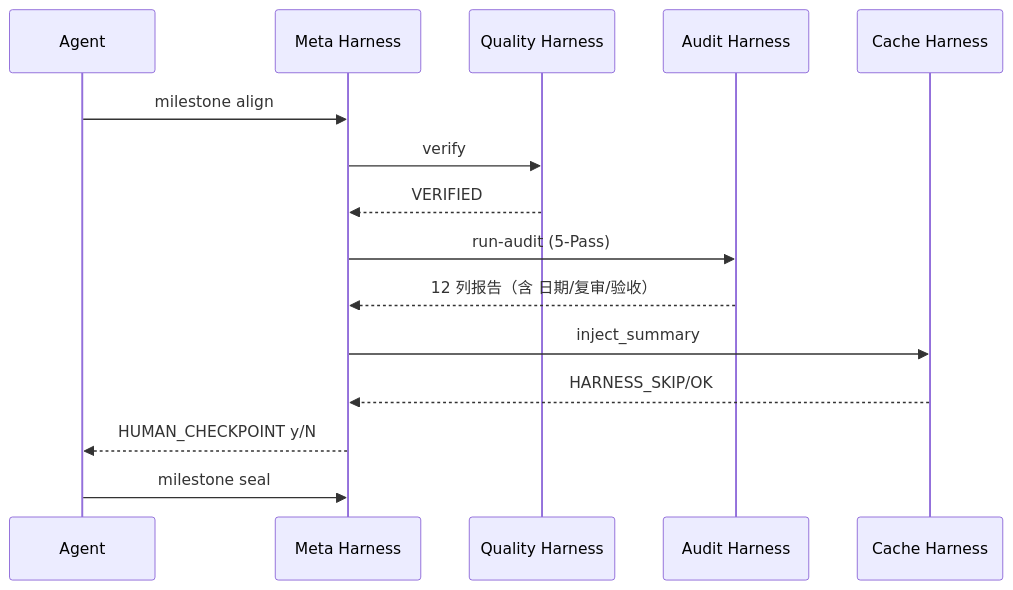
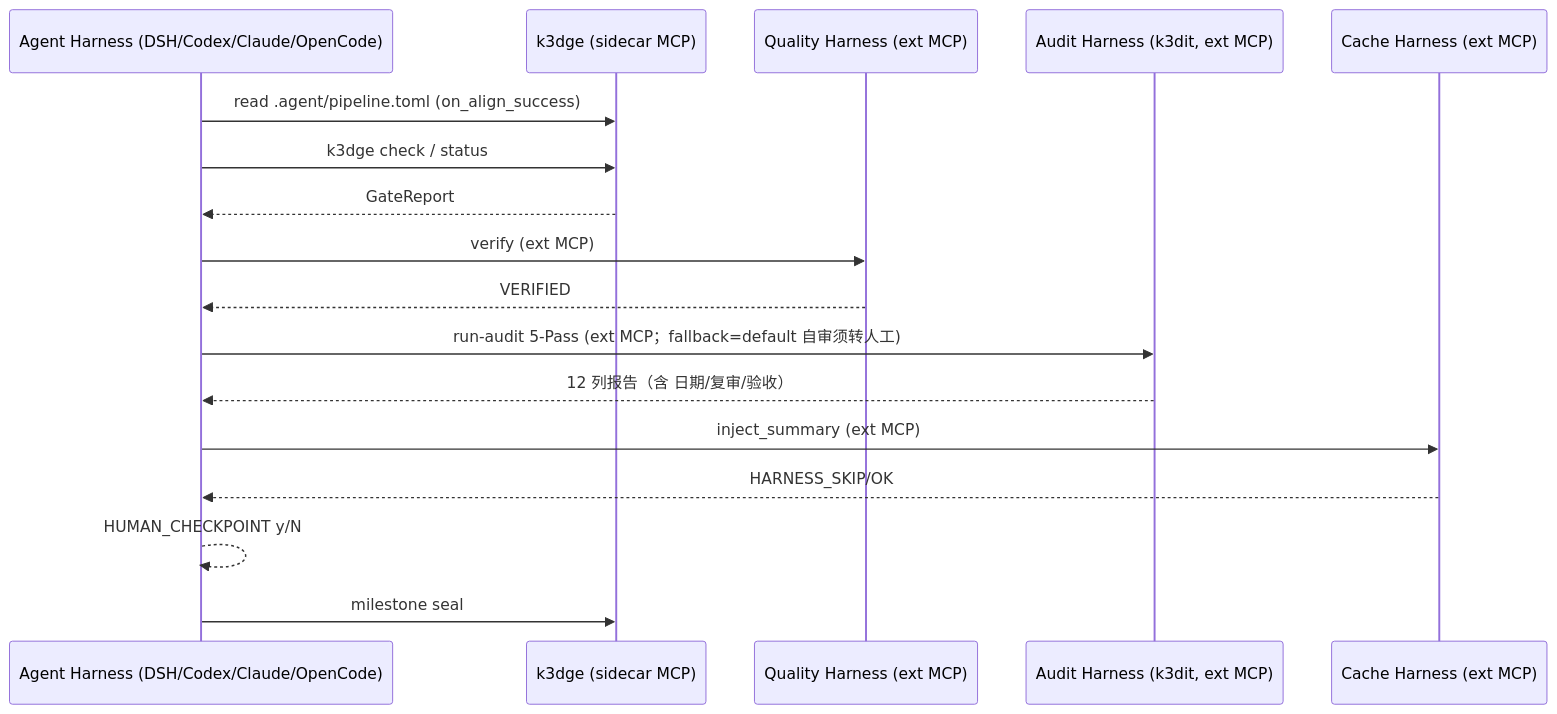
The sixth of 6 diagrams in docs/architecture/overview.md (jamieplus/k3dge), drawn with Mermaid before and after one commit. The commit also changed other lines of this file and 212 other files, not shown here.

First line of the commit message:
feat: unify doc audit into single k3dit path; add ADR-0020

````diff
--- a/docs/architecture/overview.md
+++ b/docs/architecture/overview.md
@@ -100,17 +107,19 @@
 ```mermaid
 sequenceDiagram
-    participant Agent
-    participant Meta as Meta Harness
-    participant Quality as Quality Harness
-    participant Audit as Audit Harness
-    participant Cache as Cache Harness
-    Agent->>Meta: milestone align
-    Meta->>Quality: verify
-    Quality-->>Meta: VERIFIED
-    Meta->>Audit: run-audit (5-Pass)
-    Audit-->>Meta: 12 列报告（含 日期/复审/验收）
-    Meta->>Cache: inject_summary
-    Cache-->>Meta: HARNESS_SKIP/OK
-    Meta-->>Agent: HUMAN_CHECKPOINT y/N
-    Agent->>Meta: milestone seal
+    participant Agent as Agent Harness (DSH/Codex/Claude/OpenCode)
+    participant K3 as k3dge (sidecar MCP)
+    participant Quality as Quality Harness (ext MCP)
+    participant Audit as Audit Harness (k3dit, ext MCP)
+    participant Cache as Cache Harness (ext MCP)
+    Agent->>K3: read .agent/pipeline.toml (on_align_success)
+    Agent->>K3: k3dge check / status
+    K3-->>Agent: GateReport
+    Agent->>Quality: verify (ext MCP)
+    Quality-->>Agent: VERIFIED
+    Agent->>Audit: run-audit 5-Pass (ext MCP；fallback=default 自审须转人工)
+    Audit-->>Agent: 12 列报告（含 日期/复审/验收）
+    Agent->>Cache: inject_summary (ext MCP)
+    Cache-->>Agent: HARNESS_SKIP/OK
+    Agent-->>Agent: HUMAN_CHECKPOINT y/N
+    Agent->>K3: milestone seal
 ```
````
